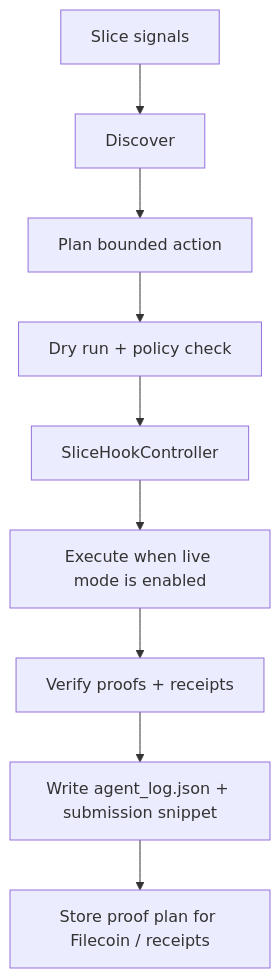
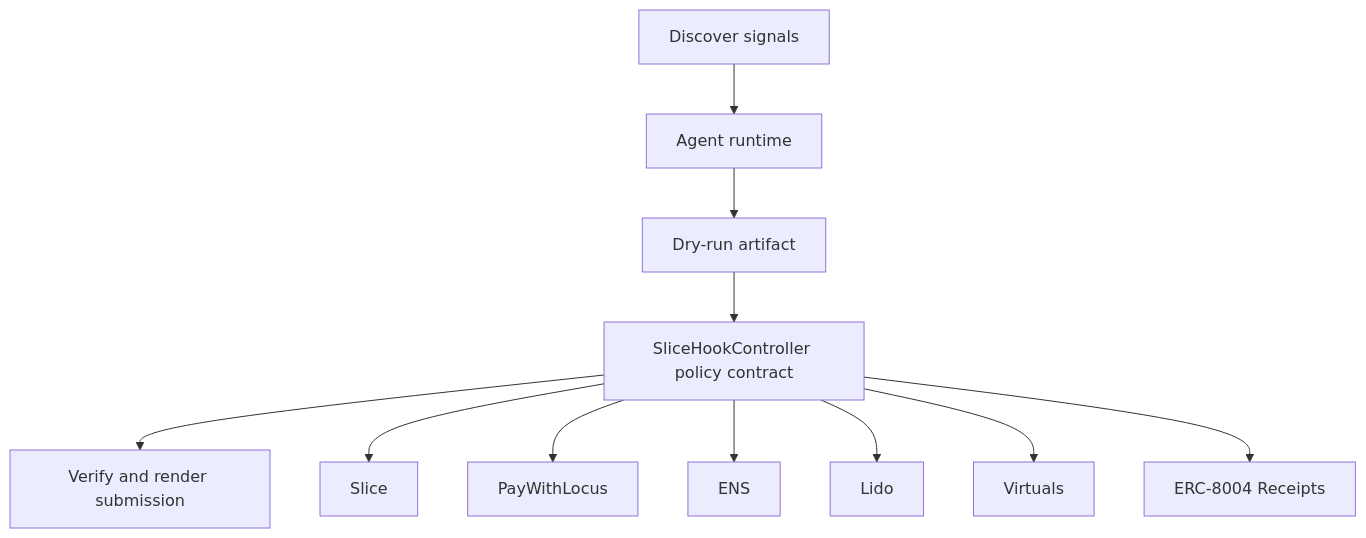
One commit to CrystallineButterfly/Synthesis-Slice changed the diagram in README.md. Above: the diagram before and after it, drawn with Mermaid. The commit also changed other lines of this file and 998 other files, not shown here.

Commit message:
Implement bounded agent runtime

````diff
--- a/README.md
+++ b/README.md
@@ -30,11 +26,15 @@
-        ```mermaid
-        flowchart TD
-    Signals[Slice signals] --> Discover[Discover]
-    Discover --> Plan[Plan bounded action]
-    Plan --> DryRun[Dry run + policy check]
-    DryRun --> Guard[SliceHookController]
-    Guard --> Execute[Execute when live mode is enabled]
-    Execute --> Verify[Verify proofs + receipts]
-    Verify --> Persist[Write agent_log.json + submission snippet]
-    Persist --> Storage[Store proof plan for Filecoin / receipts]
-        ```
+```mermaid
+flowchart TD
+    Signals[Discover signals]
+    Planner[Agent runtime]
+    DryRun[Dry-run artifact]
+    Contract[SliceHookController policy contract]
+    Verify[Verify and render submission]
+    Signals --> Planner --> DryRun --> Contract --> Verify
+    Contract --> slice[Slice]
+    Contract --> paywithlocus[PayWithLocus]
+    Contract --> ens[ENS]
+    Contract --> lido[Lido]
+    Contract --> virtuals[Virtuals]
+    Contract --> erc_8004_receipts[ERC-8004 Receipts]
+```
````
